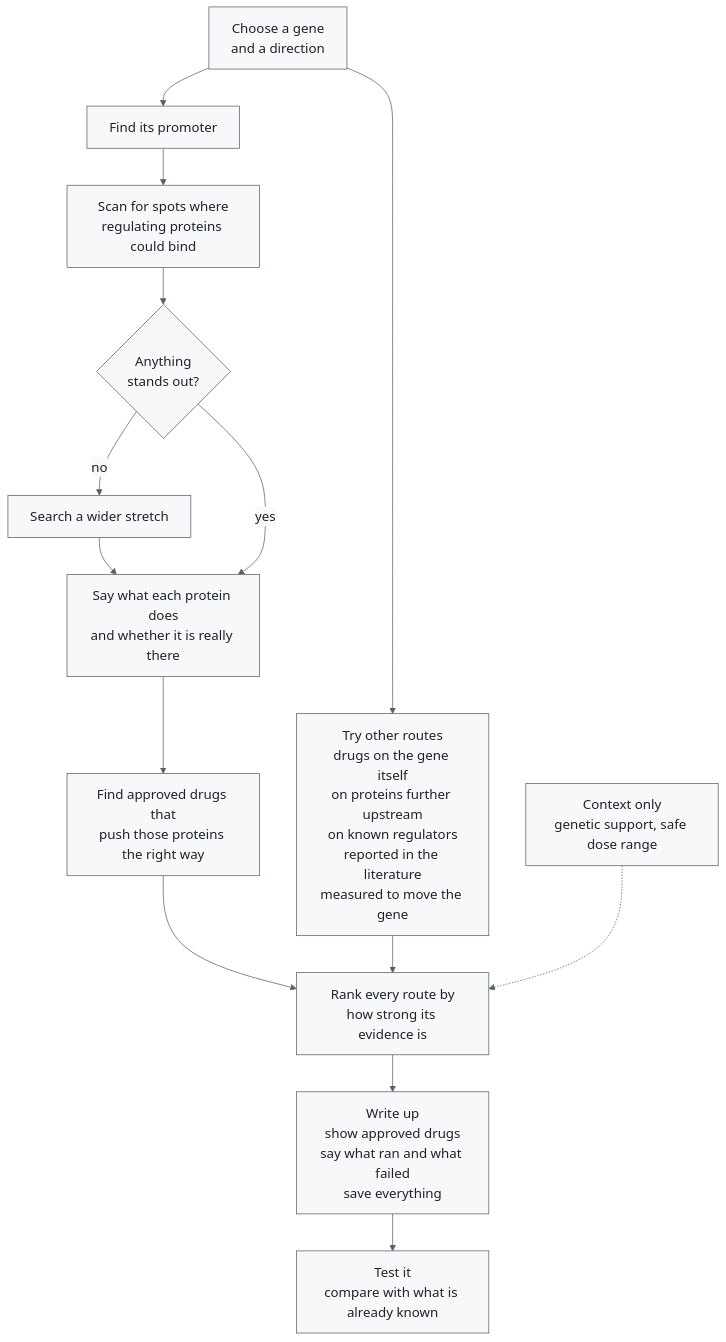
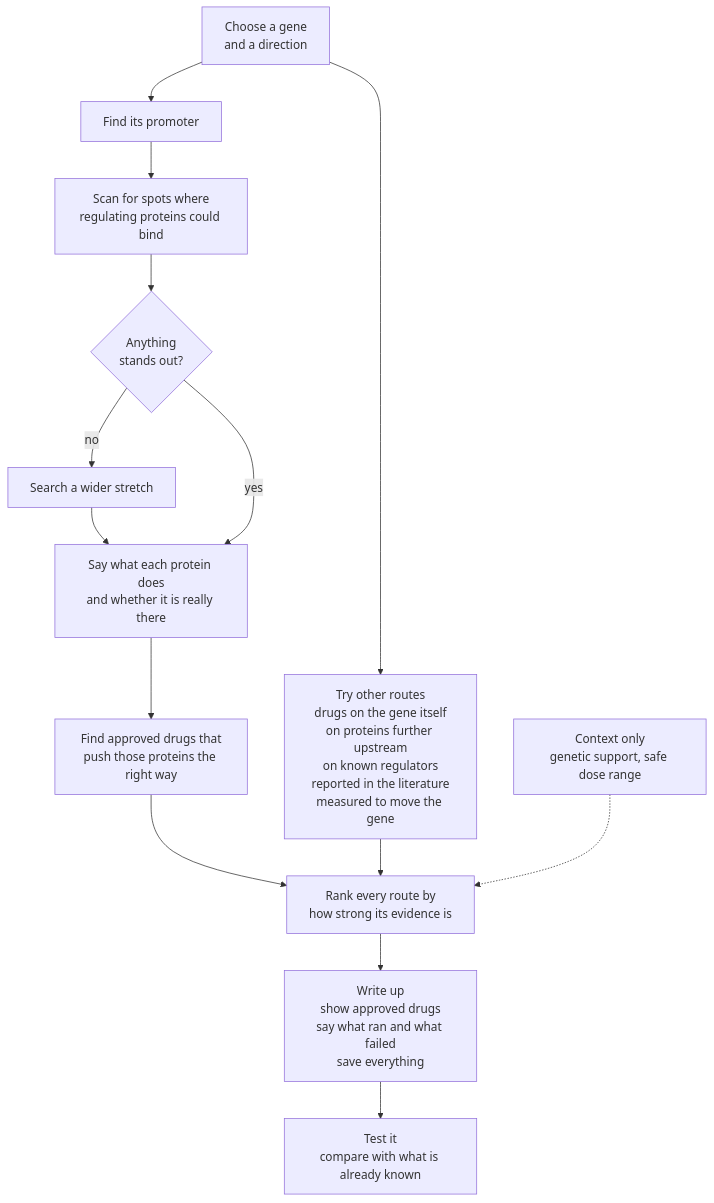
The diagram in docs/pipeline_detail.mmd (kjmartin44/Martins), drawn with Mermaid before and after one commit. The commit also changed 13 other files, not shown here.

First line of the commit message:
Demote unknown-direction routes CTD contradicts, add upstream factors option, simplify README graphic

```diff
--- a/docs/pipeline_detail.mmd
+++ b/docs/pipeline_detail.mmd
@@ -1,27 +1,17 @@
----
-config:
-  theme: base
-  themeVariables:
-    fontSize: 18px
-    primaryColor: "#f6f8fa"
-    primaryTextColor: "#1f2328"
-    primaryBorderColor: "#57606a"
-    lineColor: "#57606a"
----
 %% The same run in more detail. The short version is pipeline.mmd. Source of truth: docs/how-it-works.md.
 flowchart TD
     START["Choose a gene<br/>and a direction"] --> PROM["Find its promoter"]
     PROM --> SCAN["Scan for spots where<br/>regulating proteins could bind"]
     SCAN --> Q{"Anything<br/>stands out?"}
     Q -- no --> WIDE["Search a wider stretch"] --> CHECK
     Q -- yes --> CHECK["Say what each protein does<br/>and whether it is really there"]
     CHECK --> DRUGS["Find approved drugs that<br/>push those proteins the right way"]
 
     START --> OTHER["Try other routes<br/>drugs on the gene itself<br/>on proteins further upstream<br/>on known regulators<br/>reported in the literature<br/>measured to move the gene"]
 
     DRUGS --> RANK["Rank every route by<br/>how strong its evidence is"]
     OTHER --> RANK
     CONTEXT["Context only<br/>genetic support, safe dose range"] -.-> RANK
 
     RANK --> REPORT["Write up<br/>show approved drugs<br/>say what ran and what failed<br/>save everything"]
     REPORT --> TEST["Test it<br/>compare with what is already known"]
```
